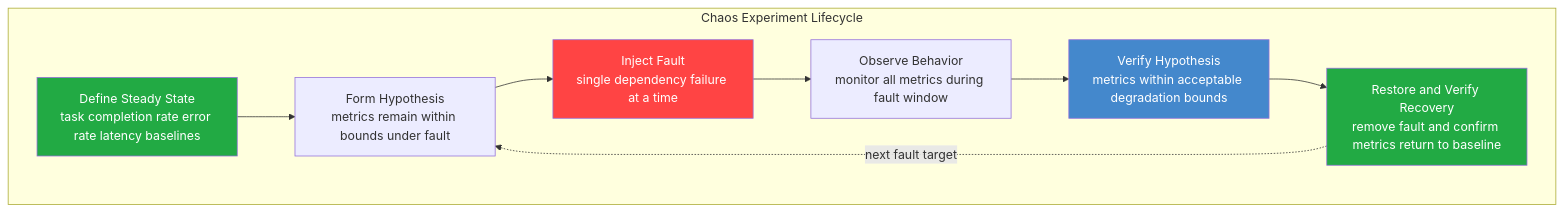
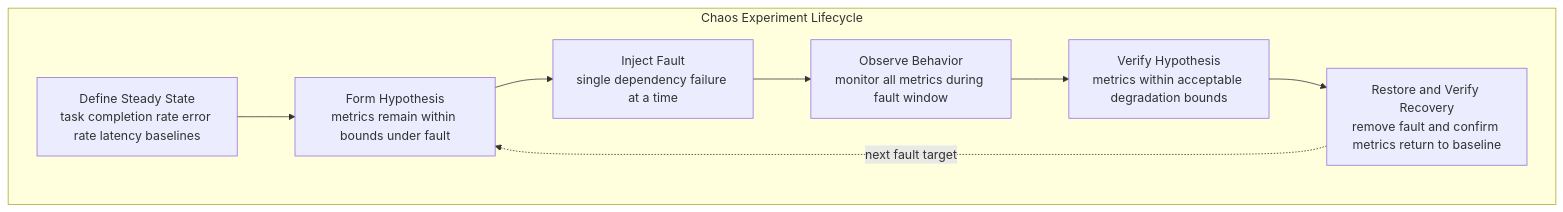
The tenth of 14 diagrams in plan/testing.md (1qh/safeagent), drawn with Mermaid before and after one commit. The commit also changed other lines of this file and 43 other files, not shown here.

Commit message:
Phase 3 compression: strip non-semantic separators and Mermaid style metadata

````diff
--- a/plan/testing.md
+++ b/plan/testing.md
@@ -833,19 +787,15 @@
 ```mermaid
 flowchart TD
     subgraph CHAOS_LIFECYCLE["Chaos Experiment Lifecycle"]
         STEADY_STATE["Define Steady State\ntask completion rate error rate latency baselines"]
         HYPOTHESIS["Form Hypothesis\nmetrics remain within bounds under fault"]
         INJECT["Inject Fault\nsingle dependency failure at a time"]
         OBSERVE["Observe Behavior\nmonitor all metrics during fault window"]
         VERIFY["Verify Hypothesis\nmetrics within acceptable degradation bounds"]
         RESTORE["Restore and Verify Recovery\nremove fault and confirm metrics return to baseline"]
     end
 
     STEADY_STATE --> HYPOTHESIS --> INJECT --> OBSERVE --> VERIFY --> RESTORE
     RESTORE -.->|"next fault target"| HYPOTHESIS
 
-    style STEADY_STATE fill:#22aa44,color:#fff
-    style INJECT fill:#ff4444,color:#fff
-    style VERIFY fill:#4488cc,color:#fff
-    style RESTORE fill:#22aa44,color:#fff
 ```
````
